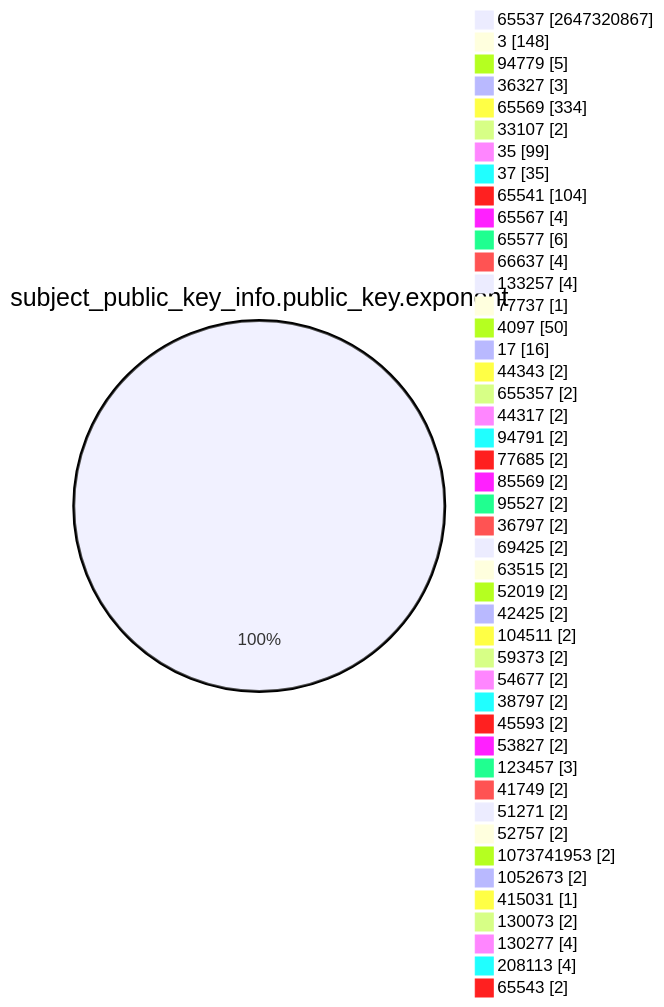
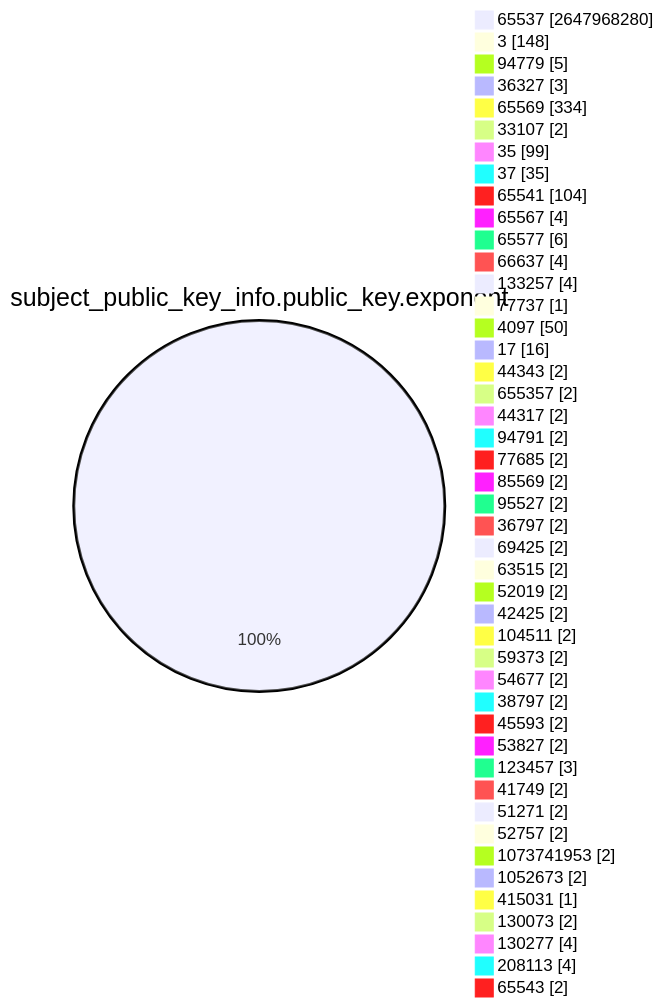
The fourth of 15 diagrams in TOTAL/README.md (christiankrug/ctmonitor_visualization), drawn with Mermaid before and after one commit. The commit also changed other lines of this file, not shown here.

````diff
--- a/TOTAL/README.md
+++ b/TOTAL/README.md
@@ -1466,49 +1466,49 @@
 ```mermaid
 pie showData
 title subject_public_key_info.public_key.exponent
-"65537" :2647320867
+"65537" :2647968280
 "3" :148
 "94779" :5
 "36327" :3
 "65569" :334
 "33107" :2
 "35" :99
 "37" :35
 "65541" :104
 "65567" :4
 "65577" :6
 "66637" :4
 "133257" :4
 "77737" :1
 "4097" :50
 "17" :16
 "44343" :2
 "655357" :2
 "44317" :2
 "94791" :2
 "77685" :2
 "85569" :2
 "95527" :2
 "36797" :2
 "69425" :2
 "63515" :2
 "52019" :2
 "42425" :2
 "104511" :2
 "59373" :2
 "54677" :2
 "38797" :2
 "45593" :2
 "53827" :2
 "123457" :3
 "41749" :2
 "51271" :2
 "52757" :2
 "1073741953" :2
 "1052673" :2
 "415031" :1
 "130073" :2
 "130277" :4
 "208113" :4
 "65543" :2
 ```
````
